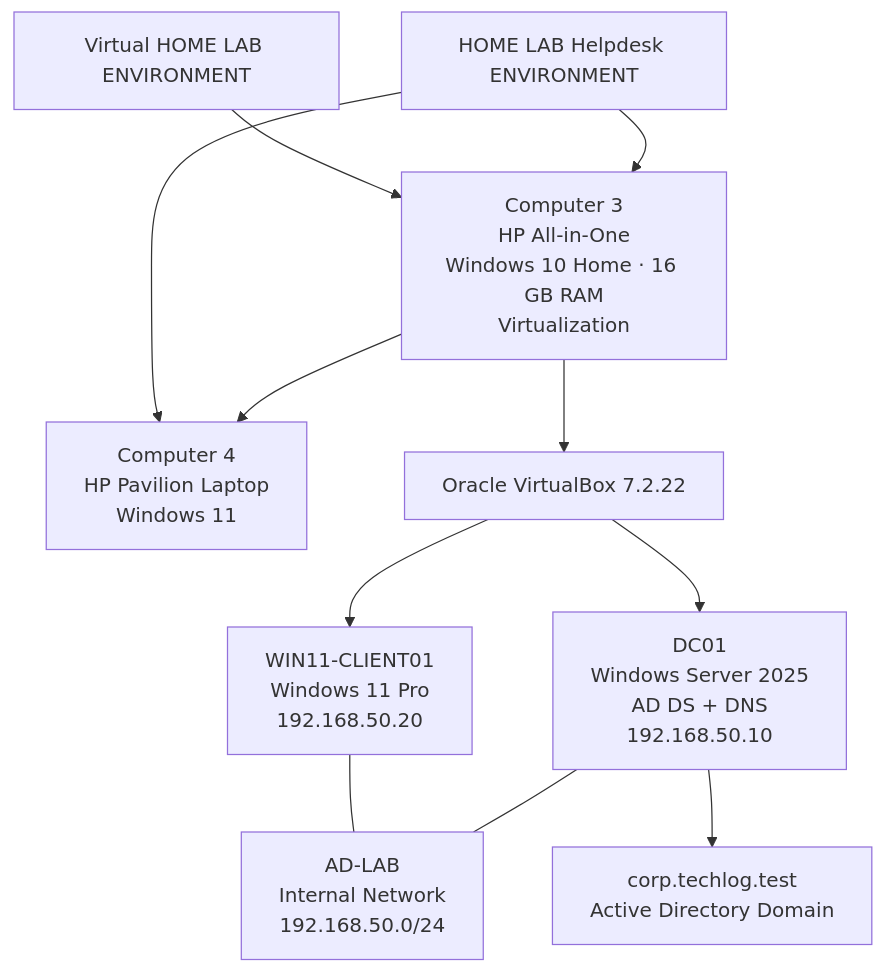
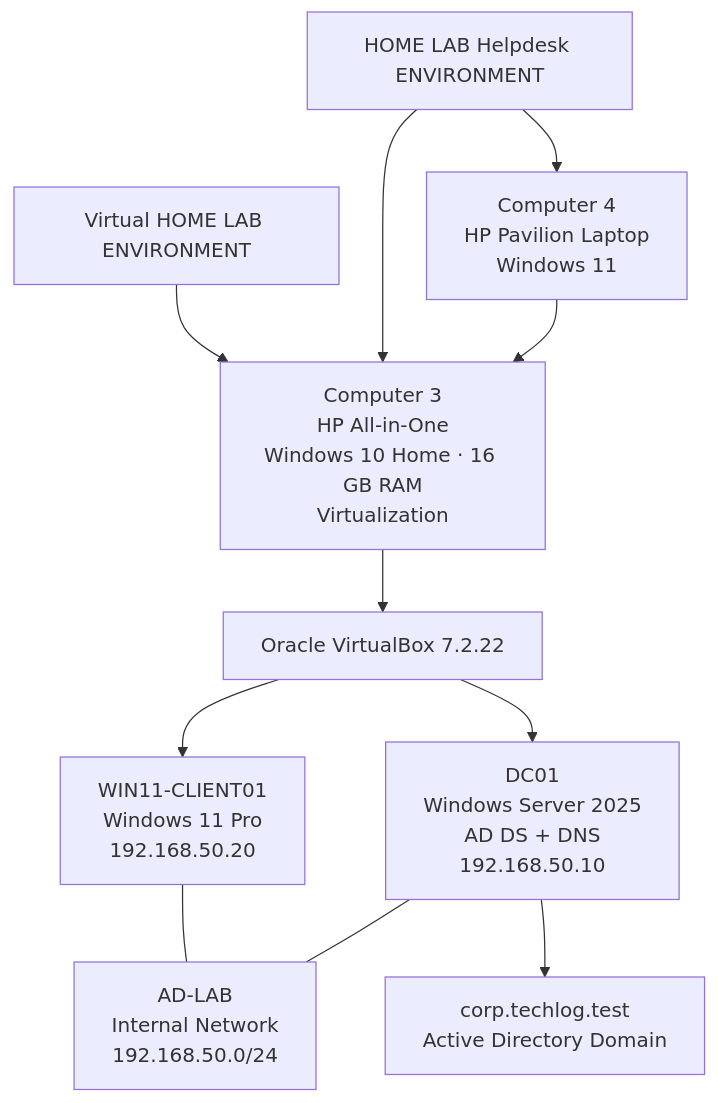
Before and after one commit to aang81a/my-it-support-portfolio: the second of 2 diagrams in PROJECTS/01-lab-environment/lab-environment-overview.md, drawn with Mermaid.

````diff
--- a/PROJECTS/01-lab-environment/lab-environment-overview.md
+++ b/PROJECTS/01-lab-environment/lab-environment-overview.md
@@ -47,26 +47,26 @@
 ```mermaid
 flowchart TB
     HOME["Virtual HOME LAB ENVIRONMENT"]
     TITLE["HOME LAB Helpdesk ENVIRONMENT"]
 
     C3["Computer 3<br/>HP All-in-One<br/>Windows 10 Home · 16 GB RAM<br/>Virtualization"]
     C4["Computer 4<br/>HP Pavilion Laptop<br/>Windows 11"]
 
     VB["Oracle VirtualBox 7.2.22"]
     CLIENT["WIN11-CLIENT01<br/>Windows 11 Pro<br/>192.168.50.20"]
     SERVER["DC01<br/>Windows Server 2025<br/>AD DS + DNS<br/>192.168.50.10"]
     NETWORK["AD-LAB<br/>Internal Network<br/>192.168.50.0/24"]
     DOMAIN["corp.techlog.test<br/>Active Directory Domain"]
 
     HOME --> C3
     TITLE --> C4
     TITLE --> C3
-    C3 --> C4
+    C4 --> C3
 
     C3 --> VB
     VB --> CLIENT
     VB --> SERVER
     CLIENT --- NETWORK
     SERVER --- NETWORK
     SERVER --> DOMAIN
 ```
````
